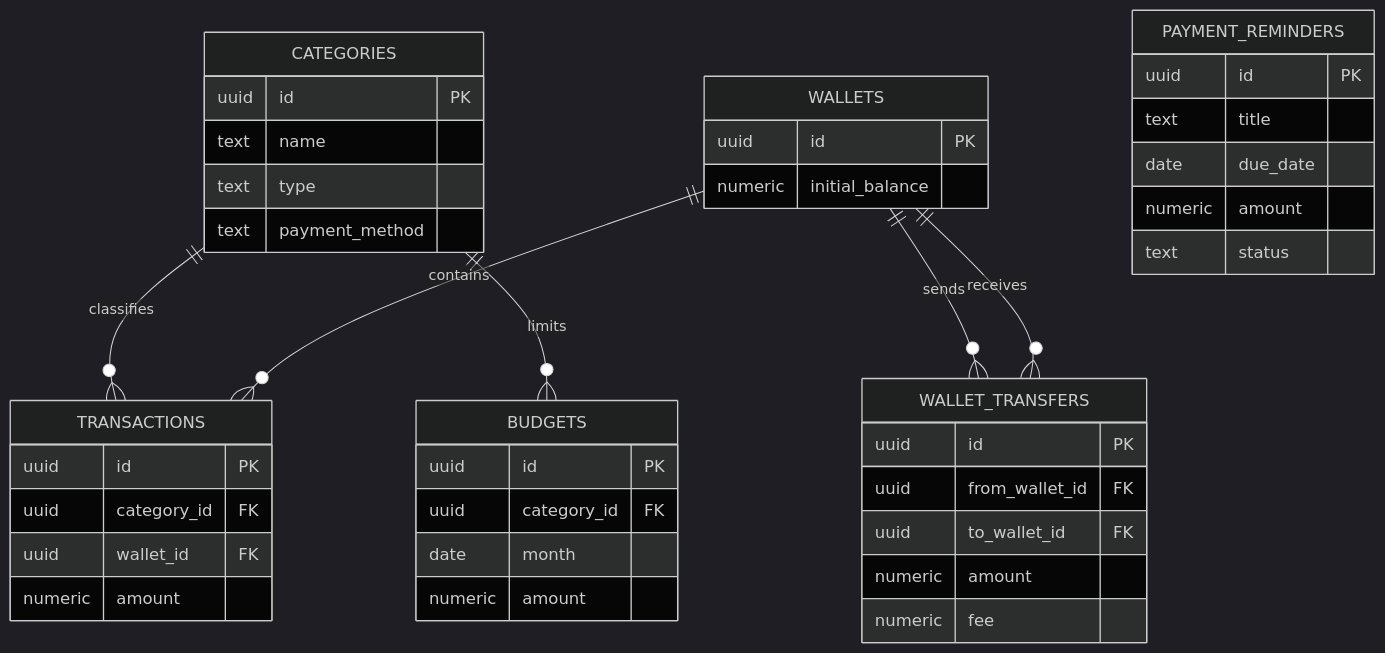
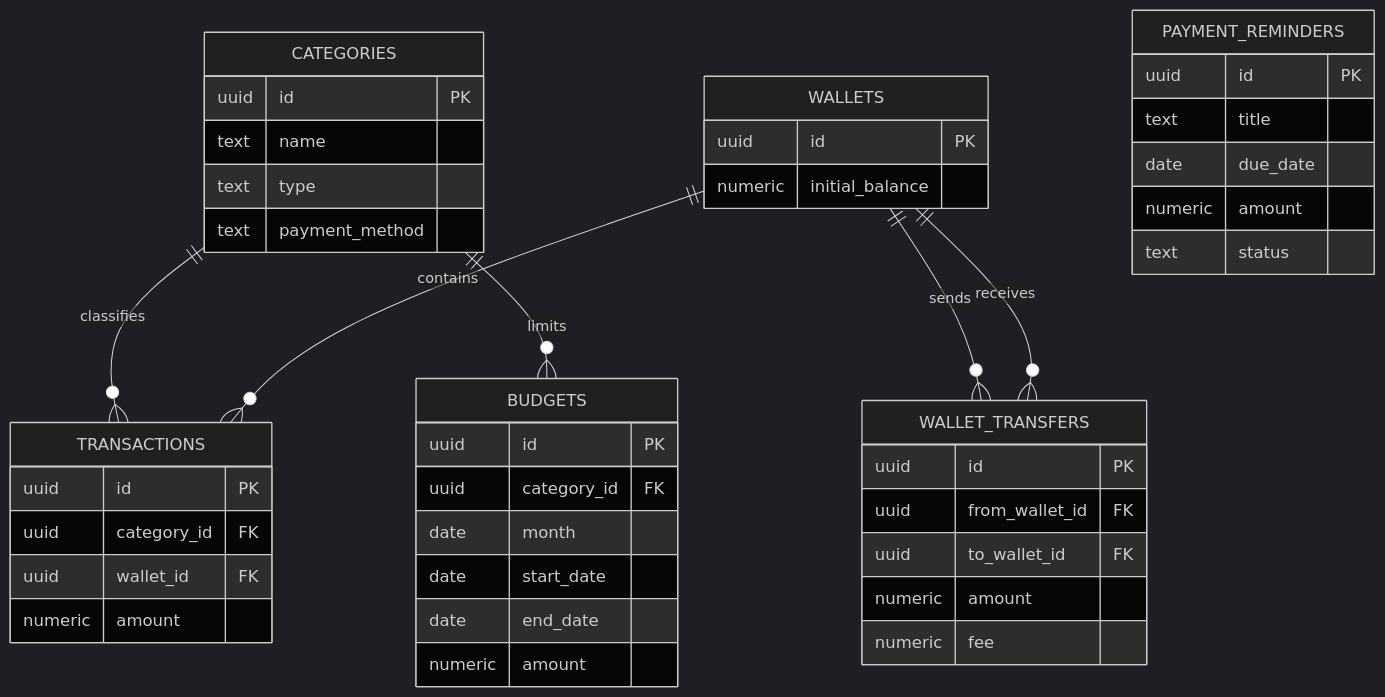
Before and after one commit to ZakiAryo/Keuangan: the diagram in docs/DATABASE.md, drawn with Mermaid (dark theme). The commit also changed other lines of this file and 17 other files, not shown here.

````diff
--- a/docs/DATABASE.md
+++ b/docs/DATABASE.md
@@ -8,45 +8,47 @@
 ```mermaid
 erDiagram
   CATEGORIES ||--o{ TRANSACTIONS : classifies
   CATEGORIES ||--o{ BUDGETS : limits
   WALLETS ||--o{ TRANSACTIONS : contains
   WALLETS ||--o{ WALLET_TRANSFERS : sends
   WALLETS ||--o{ WALLET_TRANSFERS : receives
 
   CATEGORIES {
     uuid id PK
     text name
     text type
     text payment_method
   }
   WALLETS {
     uuid id PK
     numeric initial_balance
   }
   TRANSACTIONS {
     uuid id PK
     uuid category_id FK
     uuid wallet_id FK
     numeric amount
   }
   BUDGETS {
     uuid id PK
     uuid category_id FK
     date month
+    date start_date
+    date end_date
     numeric amount
   }
   WALLET_TRANSFERS {
     uuid id PK
     uuid from_wallet_id FK
     uuid to_wallet_id FK
     numeric amount
     numeric fee
   }
   PAYMENT_REMINDERS {
     uuid id PK
     text title
     date due_date
     numeric amount
     text status
   }
 ```
````
